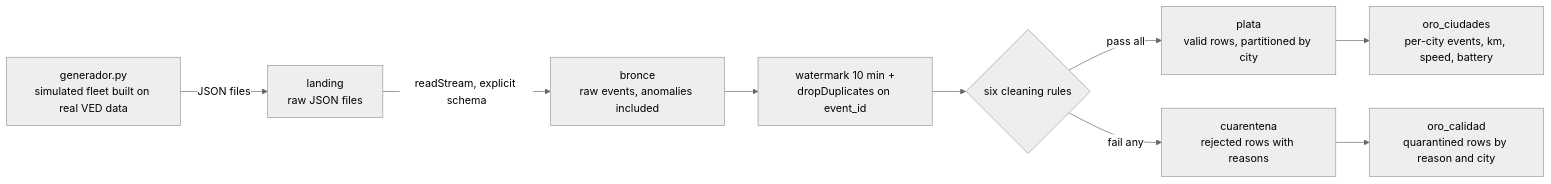
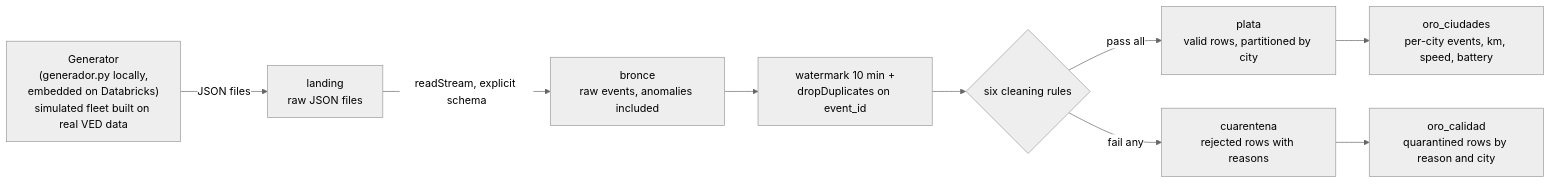
The diagram in README.md (Oppen-OC/iot-streaming-delta-lake), drawn with Mermaid (neutral theme) before and after one commit. The commit also changed other lines of this file, not shown here.

````diff
--- a/README.md
+++ b/README.md
@@ -25,13 +25,13 @@
 ```mermaid
 flowchart LR
-  gen["generador.py<br/>simulated fleet built on real VED data"] -->|JSON files| landing
+  gen["Generator<br/>(generador.py locally,<br/>embedded on Databricks)<br/>simulated fleet built on real VED data"] -->|JSON files| landing
   landing["landing<br/>raw JSON files"] -->|readStream, explicit schema| bronce
   bronce["bronce<br/>raw events, anomalies included"] --> dedup
   dedup["watermark 10 min +<br/>dropDuplicates on event_id"] --> rules
   rules{"six cleaning rules"} -->|pass all| plata
   rules -->|fail any| cuarentena
   plata["plata<br/>valid rows, partitioned by city"] --> oro_ciudades
   cuarentena["cuarentena<br/>rejected rows with reasons"] --> oro_calidad
   oro_ciudades["oro_ciudades<br/>per-city events, km, speed, battery"]
   oro_calidad["oro_calidad<br/>quarantined rows by reason and city"]
 ```
````
